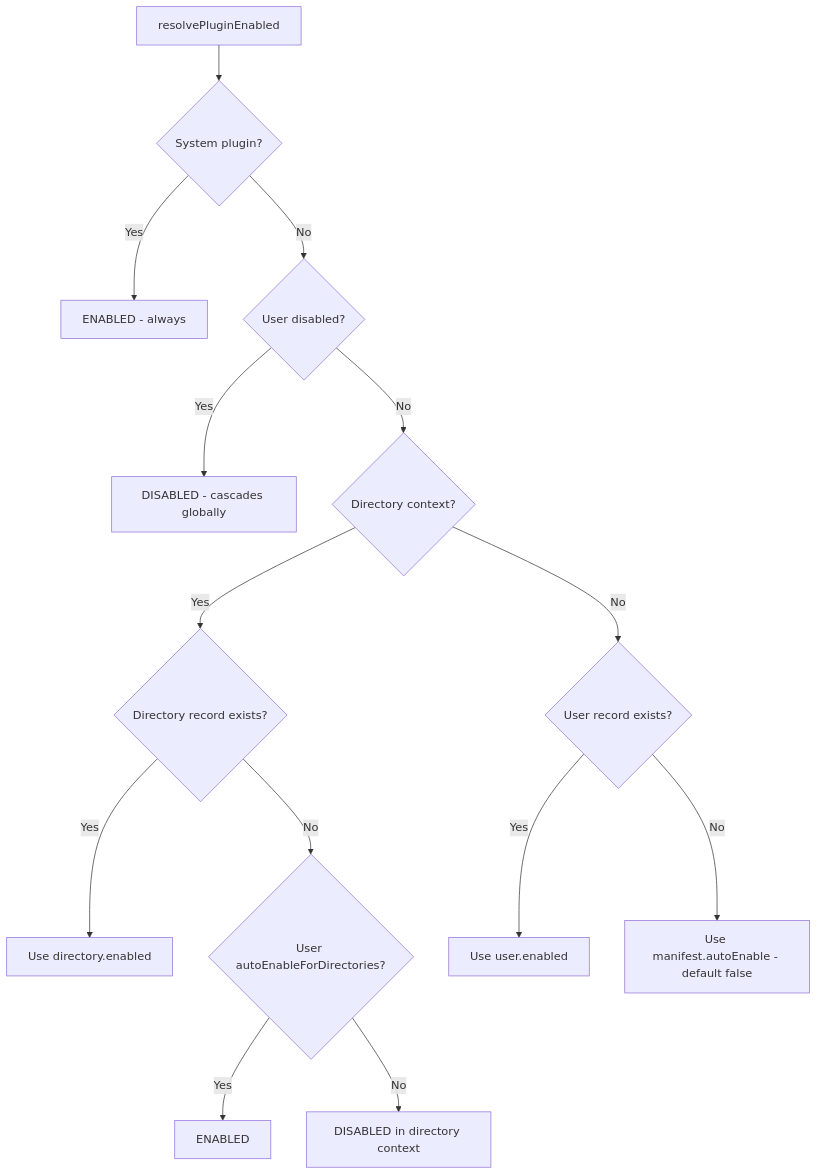
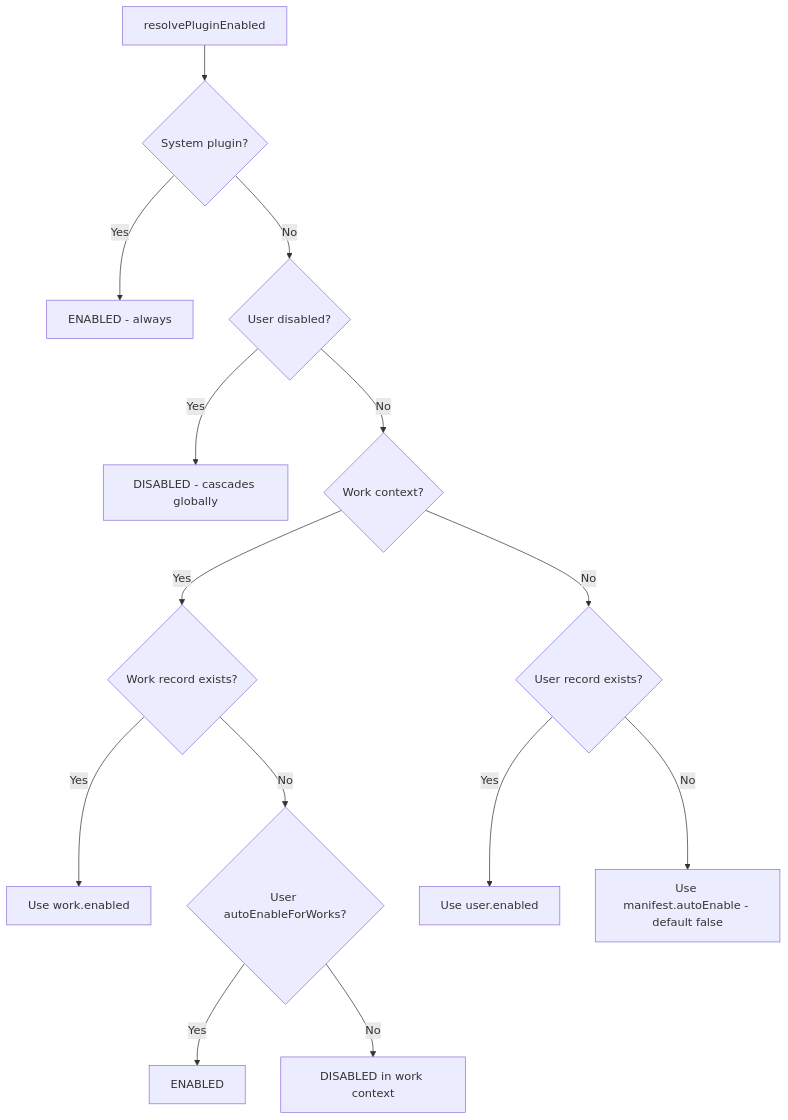
The third of 3 diagrams in docs/agent-services/plugins-module.md (ever-works/ever-works), drawn with Mermaid before and after one commit. The commit also changed other lines of this file and 395 other files, not shown here.

````diff
--- a/docs/agent-services/plugins-module.md
+++ b/docs/agent-services/plugins-module.md
@@ -184,16 +184,16 @@
 ```mermaid
 flowchart TD
     A[resolvePluginEnabled] --> B{System plugin?}
     B -->|Yes| C[ENABLED - always]
     B -->|No| D{User disabled?}
     D -->|Yes| E[DISABLED - cascades globally]
-    D -->|No| F{Directory context?}
-    F -->|Yes| G{Directory record exists?}
-    G -->|Yes| H[Use directory.enabled]
-    G -->|No| I{User autoEnableForDirectories?}
+    D -->|No| F{Work context?}
+    F -->|Yes| G{Work record exists?}
+    G -->|Yes| H[Use work.enabled]
+    G -->|No| I{User autoEnableForWorks?}
     I -->|Yes| J[ENABLED]
-    I -->|No| K[DISABLED in directory context]
+    I -->|No| K[DISABLED in work context]
     F -->|No| L{User record exists?}
     L -->|Yes| M[Use user.enabled]
     L -->|No| N[Use manifest.autoEnable - default false]
 ```
````
